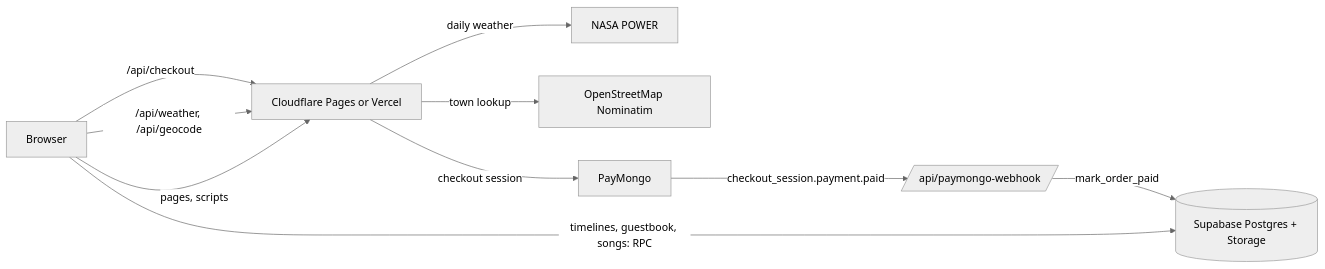
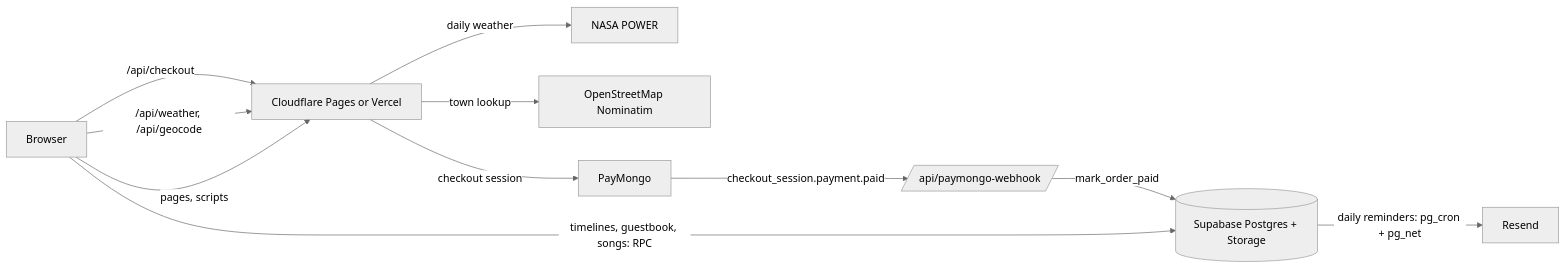
The diagram in README.md (Ahyan3/homeday), drawn with Mermaid (neutral theme) before and after one commit. The commit also changed other lines of this file and 11 other files, not shown here.

````diff
--- a/README.md
+++ b/README.md
@@ -21,12 +22,13 @@
 ```mermaid
 flowchart LR
   B[Browser] -->|pages, scripts| H[Cloudflare Pages or Vercel]
   B -->|timelines, guestbook, songs: RPC| S[(Supabase Postgres + Storage)]
   B -->|/api/weather, /api/geocode| H
   B -->|/api/checkout| H
   H -->|daily weather| N[NASA POWER]
   H -->|town lookup| O[OpenStreetMap Nominatim]
   H -->|checkout session| P[PayMongo]
   P -->|checkout_session.payment.paid| W[/api/paymongo-webhook/]
   W -->|mark_order_paid| S
+  S -->|daily reminders: pg_cron + pg_net| R[Resend]
 ```
````
